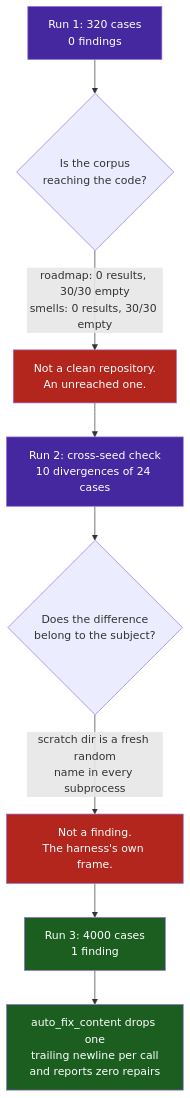
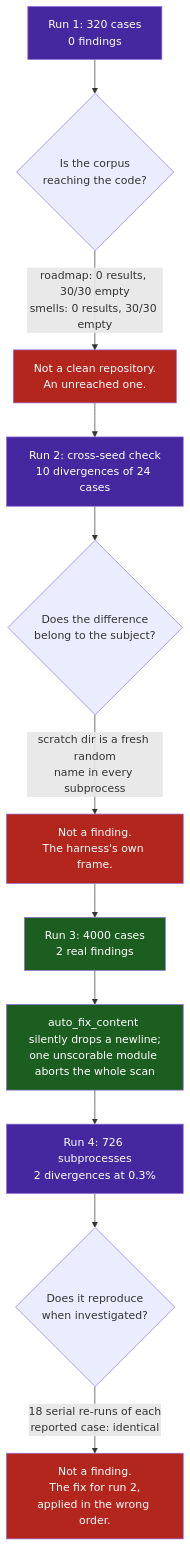
Before and after one commit to dan-petty/vibes: the diagram in observations/systems/17-a-fuzzers-first-report-is-about-the-fuzzer.md, drawn with Mermaid. The commit also changed other lines of this file and 5 other files, not shown here.

````diff
--- a/observations/systems/17-a-fuzzers-first-report-is-about-the-fuzzer.md
+++ b/observations/systems/17-a-fuzzers-first-report-is-about-the-fuzzer.md
@@ -21,16 +21,20 @@
 ```mermaid
 flowchart TD
     classDef accent fill:#4527a0,color:#fff
     classDef failure fill:#b3261e,color:#fff
     classDef success fill:#1b5e20,color:#fff
 
     R1["Run 1: 320 cases<br/>0 findings"]:::accent --> Q1{"Is the corpus<br/>reaching the code?"}
     Q1 -->|"roadmap: 0 results, 30/30 empty<br/>smells: 0 results, 30/30 empty"| D1["Not a clean repository.<br/>An unreached one."]:::failure
 
     D1 --> R2["Run 2: cross-seed check<br/>10 divergences of 24 cases"]:::accent
     R2 --> Q2{"Does the difference<br/>belong to the subject?"}
     Q2 -->|"scratch dir is a fresh random<br/>name in every subprocess"| D2["Not a finding.<br/>The harness's own frame."]:::failure
 
-    D2 --> R3["Run 3: 4000 cases<br/>1 finding"]:::success
-    R3 --> Real["auto_fix_content drops one<br/>trailing newline per call<br/>and reports zero repairs"]:::success
+    D2 --> R3["Run 3: 4000 cases<br/>2 real findings"]:::success
+    R3 --> Real["auto_fix_content silently drops a newline;<br/>one unscorable module aborts the whole scan"]:::success
+
+    Real --> R4["Run 4: 726 subprocesses<br/>2 divergences at 0.3%"]:::accent
+    R4 --> Q3{"Does it reproduce<br/>when investigated?"}
+    Q3 -->|"18 serial re-runs of each<br/>reported case: identical"| D3["Not a finding.<br/>The fix for run 2,<br/>applied in the wrong order."]:::failure
 ```
````
